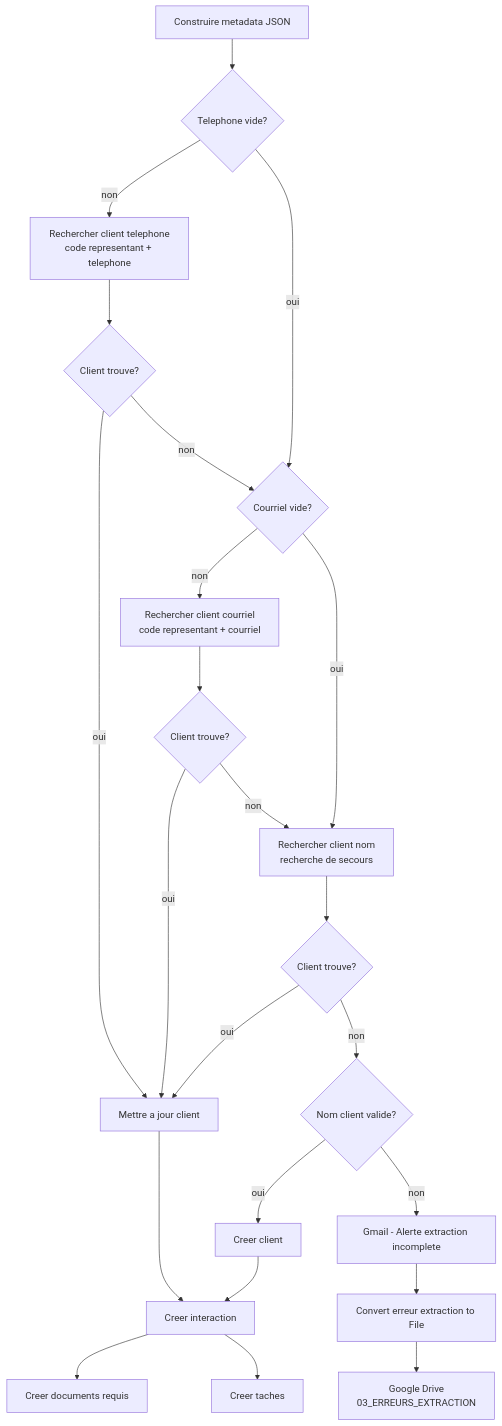
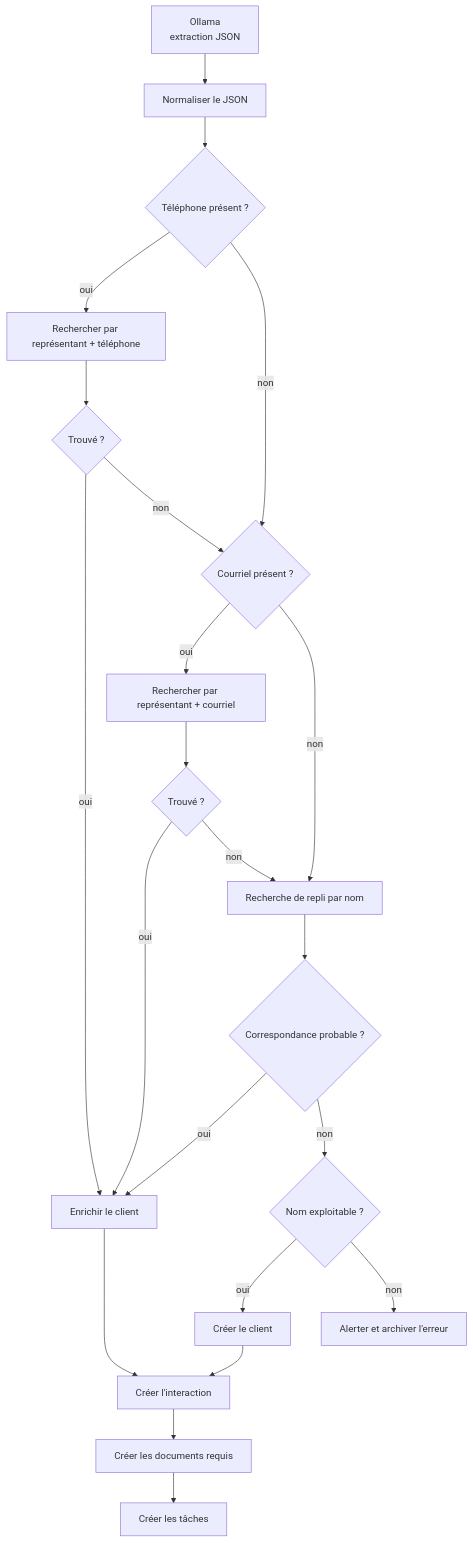
The third of 4 diagrams in ARCHITECTURE.md (souhak00/transcription-api), drawn with Mermaid before and after one commit. The commit also changed other lines of this file and 7 other files, not shown here.

Commit message:
docs: actualiser l'architecture v2

````diff
--- a/ARCHITECTURE.md
+++ b/ARCHITECTURE.md
@@ -257,40 +142,24 @@
 ```mermaid
 flowchart TD
-    Metadata["Construire metadata JSON"]
-    PhoneEmpty{"Telephone vide?"}
-    SearchPhone["Rechercher client telephone<br/>code representant + telephone"]
-    PhoneFound{"Client trouve?"}
-    EmailEmpty{"Courriel vide?"}
-    SearchEmail["Rechercher client courriel<br/>code representant + courriel"]
-    EmailFound{"Client trouve?"}
-    SearchName["Rechercher client nom<br/>recherche de secours"]
-    NameFound{"Client trouve?"}
-    ValidName{"Nom client valide?"}
-    Create["Creer client"]
-    Update["Mettre a jour client"]
-    Interaction["Creer interaction"]
-    Documents["Creer documents requis"]
-    Tasks["Creer taches"]
-    Alert["Gmail - Alerte extraction incomplete"]
-    ErrorFile["Convert erreur extraction to File"]
-    ErrorDrive["Google Drive<br/>03_ERREURS_EXTRACTION"]
-
-    Metadata --> PhoneEmpty
-    PhoneEmpty -- "non" --> SearchPhone --> PhoneFound
-    PhoneFound -- "oui" --> Update
-    PhoneFound -- "non" --> EmailEmpty
-    PhoneEmpty -- "oui" --> EmailEmpty
-    EmailEmpty -- "non" --> SearchEmail --> EmailFound
-    EmailFound -- "oui" --> Update
-    EmailFound -- "non" --> SearchName
-    EmailEmpty -- "oui" --> SearchName
-    SearchName --> NameFound
-    NameFound -- "oui" --> Update
-    NameFound -- "non" --> ValidName
-    ValidName -- "oui" --> Create
-    ValidName -- "non" --> Alert --> ErrorFile --> ErrorDrive
-    Create --> Interaction
+    Extract["Ollama<br/>extraction JSON"] --> Parse["Normaliser le JSON"]
+    Parse --> Phone{"Téléphone présent ?"}
+    Phone -- oui --> ByPhone["Rechercher par représentant + téléphone"]
+    Phone -- non --> Email
+    ByPhone --> FoundPhone{"Trouvé ?"}
+    FoundPhone -- oui --> Update["Enrichir le client"]
+    FoundPhone -- non --> Email{"Courriel présent ?"}
+    Email -- oui --> ByEmail["Rechercher par représentant + courriel"]
+    Email -- non --> ByName["Recherche de repli par nom"]
+    ByEmail --> FoundEmail{"Trouvé ?"}
+    FoundEmail -- oui --> Update
+    FoundEmail -- non --> ByName
+    ByName --> FoundName{"Correspondance probable ?"}
+    FoundName -- oui --> Update
+    FoundName -- non --> Valid{"Nom exploitable ?"}
+    Valid -- oui --> Create["Créer le client"]
+    Valid -- non --> Alert["Alerter et archiver l'erreur"]
+    Create --> Interaction["Créer l'interaction"]
     Update --> Interaction
-    Interaction --> Documents
-    Interaction --> Tasks
+    Interaction --> Documents["Créer les documents requis"]
+    Documents --> Tasks["Créer les tâches"]
 ```
````
